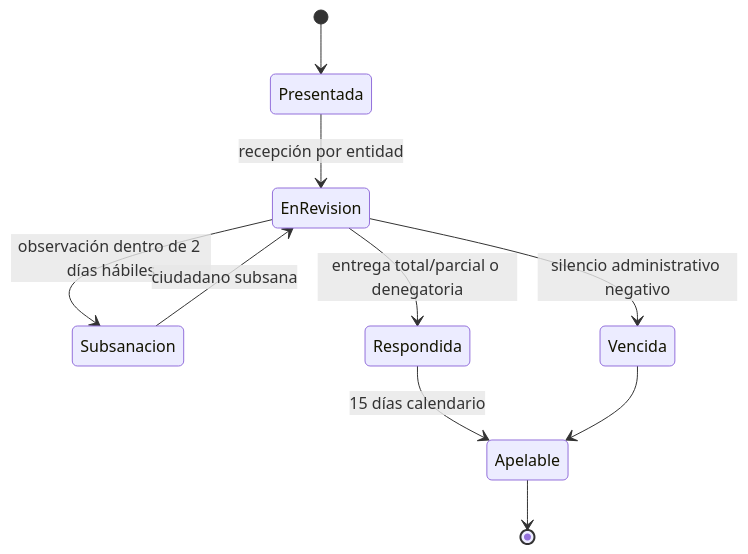
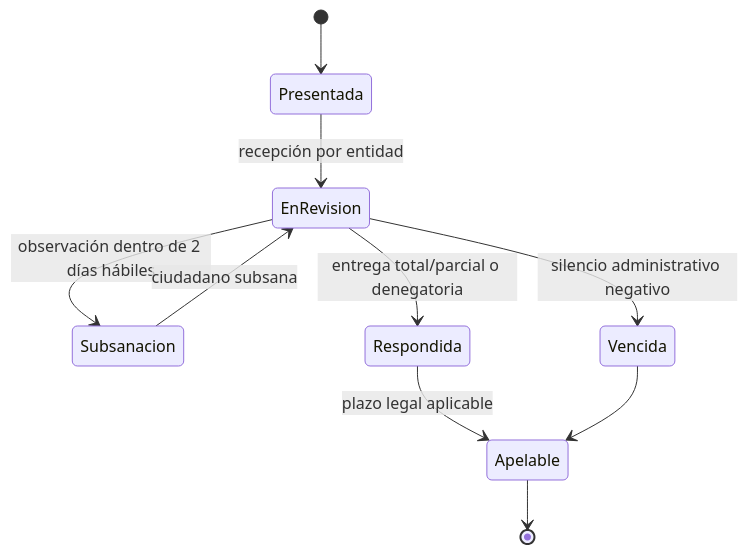
Before and after one commit to transparenciapublicadev/plataforma-saip-apelaciones: the sixth of 9 diagrams in README.md, drawn with Mermaid. The commit also changed other lines of this file and 15 other files, not shown here.

````diff
--- a/README.md
+++ b/README.md
@@ -318,12 +318,12 @@
 ```mermaid
 stateDiagram-v2
     [*] --> Presentada
     Presentada --> EnRevision: recepción por entidad
     EnRevision --> Subsanacion: observación dentro de 2 días hábiles
     Subsanacion --> EnRevision: ciudadano subsana
     EnRevision --> Respondida: entrega total/parcial o denegatoria
     EnRevision --> Vencida: silencio administrativo negativo
-    Respondida --> Apelable: 15 días calendario
+    Respondida --> Apelable: plazo legal aplicable
     Vencida --> Apelable
     Apelable --> [*]
 ```
````
